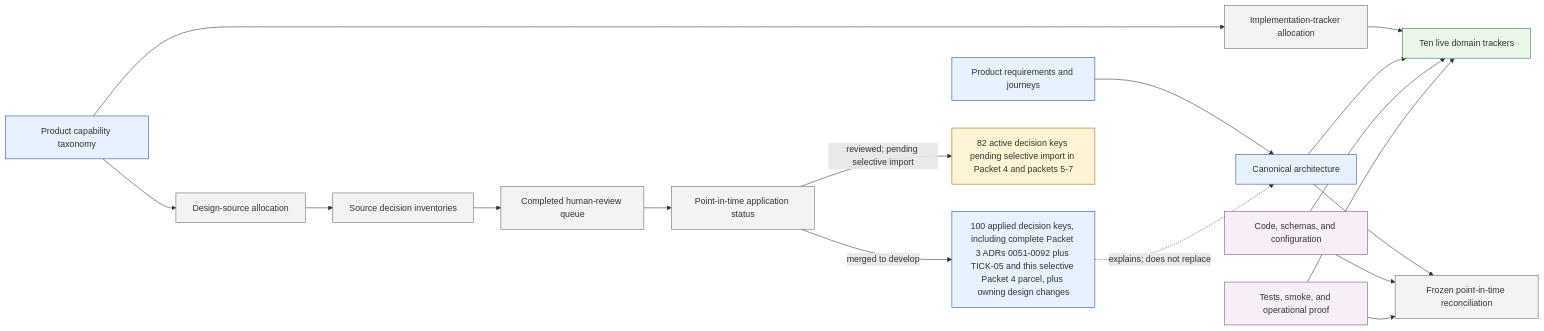
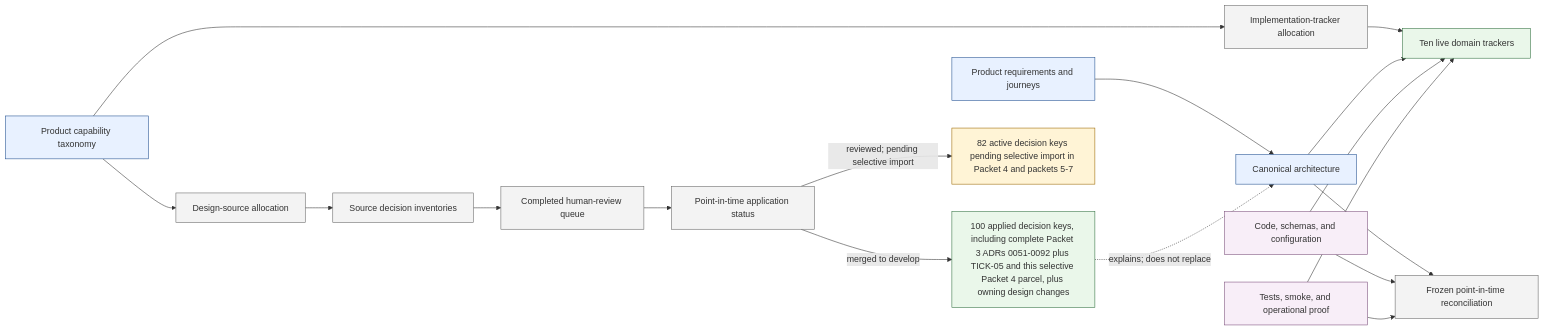
Before and after one commit to benhook1013/FireMUD: the diagram in design/project-management/design-alignment/README.md, drawn with Mermaid. The commit also changed 24 other files, not shown here.

````diff
--- a/design/project-management/design-alignment/README.md
+++ b/design/project-management/design-alignment/README.md
@@ -27,27 +27,27 @@
 ```mermaid
 flowchart LR
     PRODUCT[Product requirements and journeys]:::canonical --> ARCH[Canonical architecture]:::canonical
     TAXONOMY[Product capability taxonomy]:::canonical --> DESIGN_ALLOC[Design-source allocation]:::alignment
     DESIGN_ALLOC --> SOURCE_INV[Source decision inventories]:::alignment
     SOURCE_INV --> HUMAN_QUEUE[Completed human-review queue]:::alignment
     HUMAN_QUEUE --> APPLY[Point-in-time application status]:::alignment
-    APPLY -->|merged to develop| ADRS[100 applied decision keys, including complete Packet 3 ADRs 0051-0092 plus TICK-05 and this selective Packet 4 parcel, plus owning design changes]:::canonical
+    APPLY -->|merged to develop| ADRS[100 applied decision keys, including complete Packet 3 ADRs 0051-0092 plus TICK-05 and this selective Packet 4 parcel, plus owning design changes]:::status
     ADRS -. explains; does not replace .-> ARCH
     APPLY -->|reviewed; pending selective import| PENDING[82 active decision keys pending selective import in Packet 4 and packets 5-7]:::pending
 
     TAXONOMY --> TRACKER_ALLOC[Implementation-tracker allocation]:::alignment
     TRACKER_ALLOC --> TRACKERS[Ten live domain trackers]:::status
     ARCH --> TRACKERS
     CODE[Code, schemas, and configuration]:::evidence --> TRACKERS
     PROOF[Tests, smoke, and operational proof]:::evidence --> TRACKERS
 
     ARCH --> RECON[Frozen point-in-time reconciliation]:::alignment
     CODE --> RECON
     PROOF --> RECON
 
     classDef canonical fill:#e8f1ff,stroke:#1f4f8f
     classDef alignment fill:#f3f3f3,stroke:#666
     classDef pending fill:#fff4d6,stroke:#9a6700
     classDef status fill:#eaf7ea,stroke:#2f6f3e
     classDef evidence fill:#f8eef8,stroke:#7a4e7a
 ```
````
